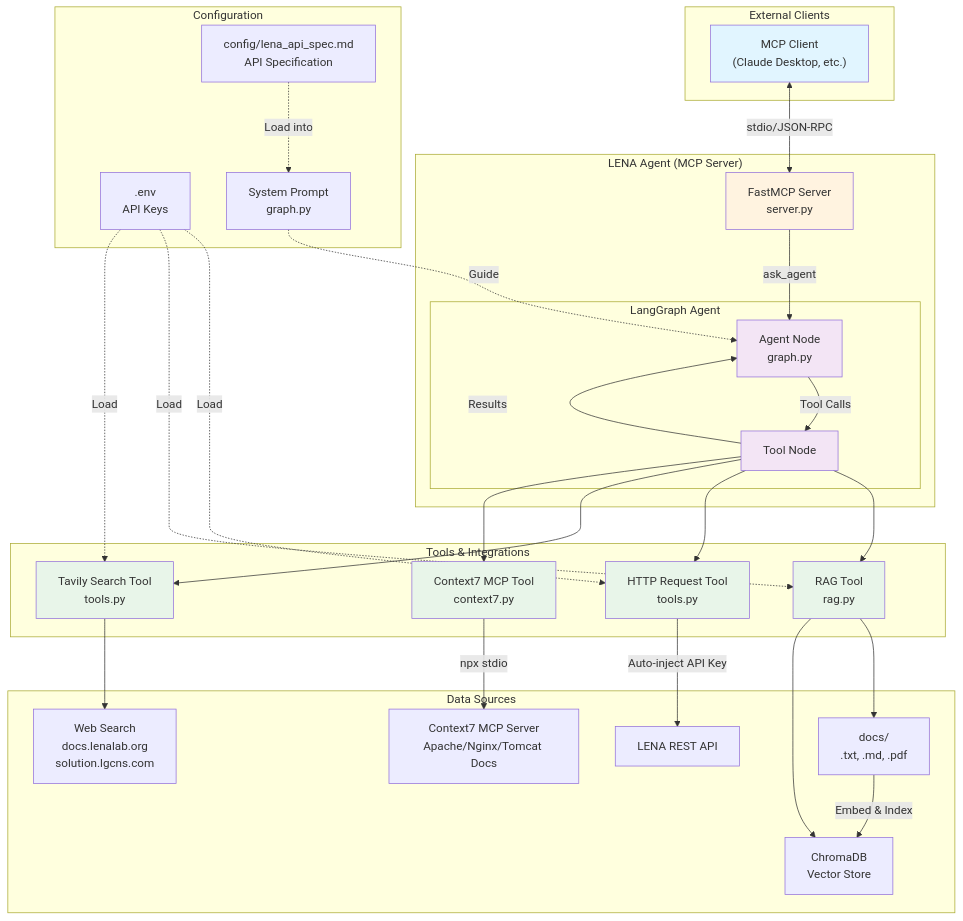
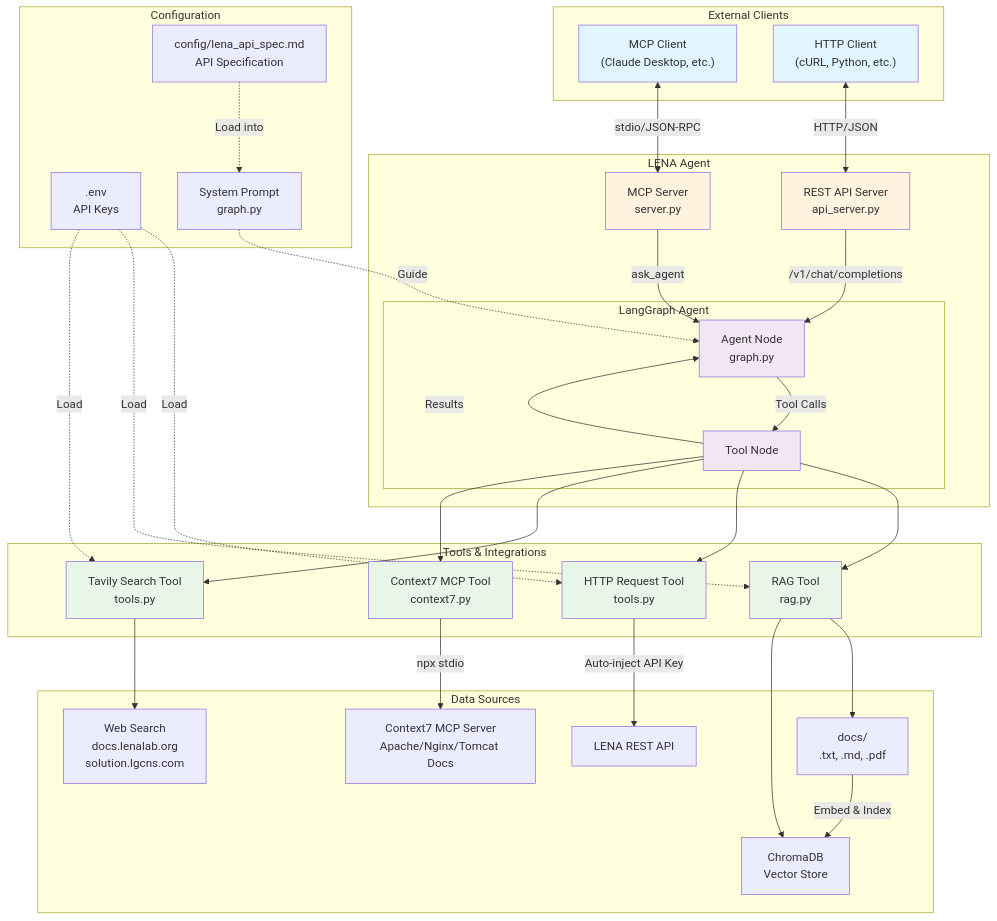
One commit to hckhead/lena-agent changed the diagram in README.md. Above: the diagram before and after it, drawn with Mermaid. The commit also changed other lines of this file and 4 other files, not shown here.

Commit message:
feat: Add FastAPI-based OpenAI-compatible API server and update Docker configurations to support it.

````diff
--- a/README.md
+++ b/README.md
@@ -7,72 +7,78 @@
 ```mermaid
 graph TB
     subgraph "External Clients"
         Client["MCP Client<br/>(Claude Desktop, etc.)"]
+        HTTPClient["HTTP Client<br/>(cURL, Python, etc.)"]
     end
 
-    subgraph "LENA Agent (MCP Server)"
-        Server["FastMCP Server<br/>server.py"]
+    subgraph "LENA Agent"
+        MCPServer["MCP Server<br/>server.py"]
+        APIServer["REST API Server<br/>api_server.py"]
         
         subgraph "LangGraph Agent"
             Agent["Agent Node<br/>graph.py"]
             Tools["Tool Node"]
             
             Agent -->|"Tool Calls"| Tools
             Tools -->|"Results"| Agent
         end
         
-        Server -->|"ask_agent"| Agent
+        MCPServer -->|"ask_agent"| Agent
+        APIServer -->|"/v1/chat/completions"| Agent
     end
 
     subgraph "Tools & Integrations"
         RAG["RAG Tool<br/>rag.py"]
         HTTP["HTTP Request Tool<br/>tools.py"]
         Tavily["Tavily Search Tool<br/>tools.py"]
         Context7["Context7 MCP Tool<br/>context7.py"]
     end
 
     subgraph "Data Sources"
         Docs["docs/<br/>.txt, .md, .pdf"]
         ChromaDB["ChromaDB<br/>Vector Store"]
         LenaAPI["LENA REST API"]
         Web["Web Search<br/>docs.lenalab.org<br/>solution.lgcns.com"]
         Context7Server["Context7 MCP Server<br/>Apache/Nginx/Tomcat Docs"]
     end
 
     subgraph "Configuration"
         EnvFile[".env<br/>API Keys"]
         APISpec["config/lena_api_spec.md<br/>API Specification"]
         Prompt["System Prompt<br/>graph.py"]
     end
 
-    Client <-->|"stdio/JSON-RPC"| Server
+    Client <-->|"stdio/JSON-RPC"| MCPServer
+    HTTPClient <-->|"HTTP/JSON"| APIServer
     
     Tools --> RAG
     Tools --> HTTP
     Tools --> Tavily
     Tools --> Context7
     
     RAG --> Docs
     Docs -->|"Embed & Index"| ChromaDB
     RAG --> ChromaDB
     
     HTTP -->|"Auto-inject API Key"| LenaAPI
     Tavily --> Web
     Context7 -->|"npx stdio"| Context7Server
     
     EnvFile -.->|"Load"| HTTP
     EnvFile -.->|"Load"| RAG
     EnvFile -.->|"Load"| Tavily
     
     APISpec -.->|"Load into"| Prompt
     Prompt -.->|"Guide"| Agent
 
     style Client fill:#e1f5ff
-    style Server fill:#fff3e0
+    style HTTPClient fill:#e1f5ff
+    style MCPServer fill:#fff3e0
+    style APIServer fill:#fff3e0
     style Agent fill:#f3e5f5
     style Tools fill:#f3e5f5
     style RAG fill:#e8f5e9
     style HTTP fill:#e8f5e9
     style Tavily fill:#e8f5e9
     style Context7 fill:#e8f5e9
 ```
````
